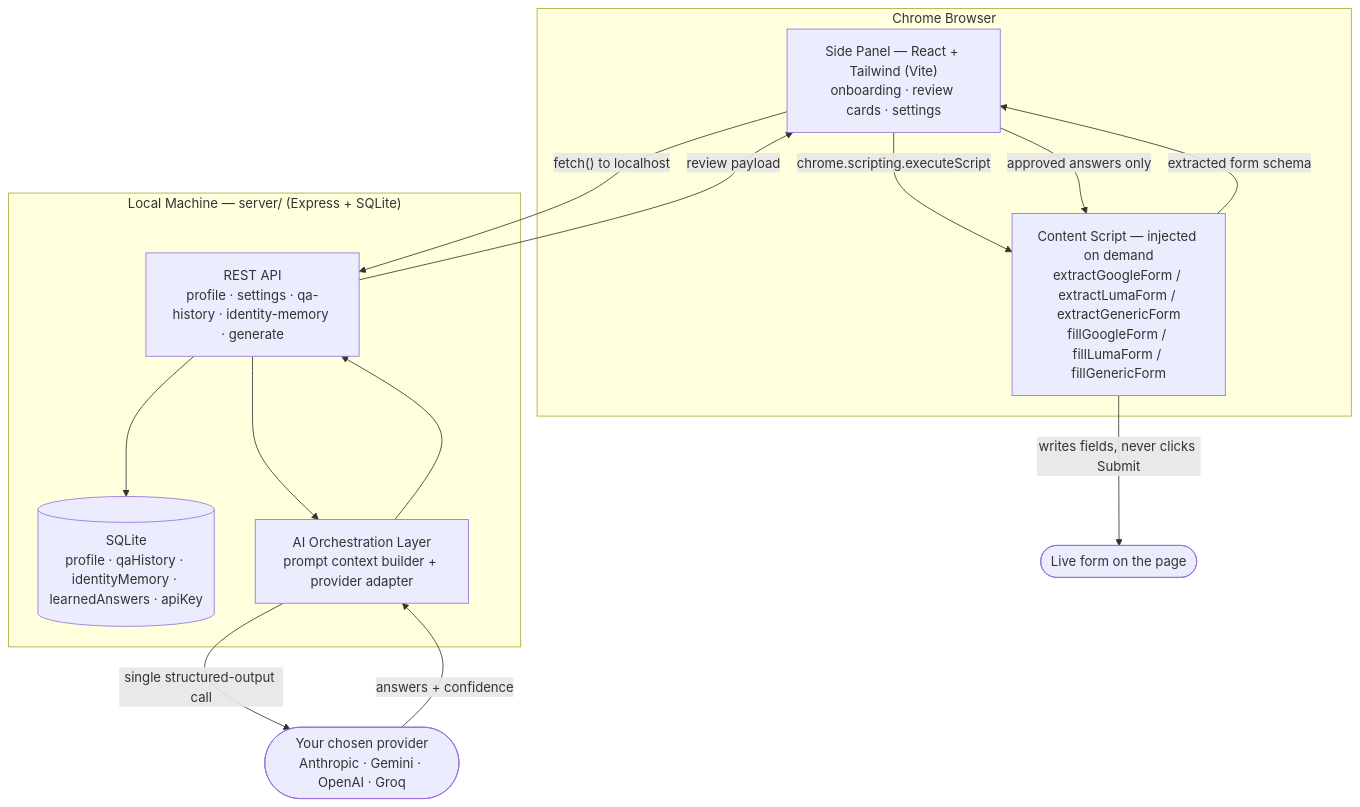
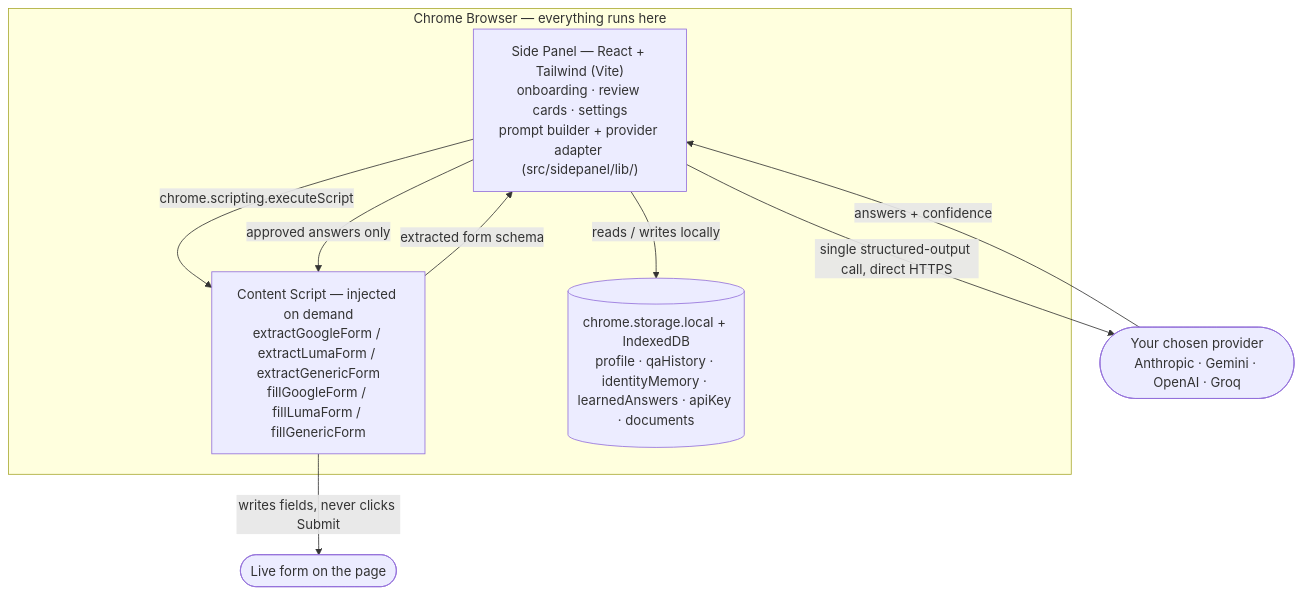
One commit to Agnik47/Impleo changed the first of 2 diagrams in README.md. Above: the diagram before and after it, drawn with Mermaid. The commit also changed other lines of this file and 24 other files, not shown here.

````diff
--- a/README.md
+++ b/README.md
@@ -192,27 +192,18 @@
 ```mermaid
 flowchart TB
-    subgraph Browser["Chrome Browser"]
-        SP["Side Panel — React + Tailwind (Vite)<br/>onboarding · review cards · settings"]
+    subgraph Browser["Chrome Browser — everything runs here"]
+        SP["Side Panel — React + Tailwind (Vite)<br/>onboarding · review cards · settings<br/>prompt builder + provider adapter (src/sidepanel/lib/)"]
         CS["Content Script — injected on demand<br/>extractGoogleForm / extractLumaForm / extractGenericForm<br/>fillGoogleForm / fillLumaForm / fillGenericForm"]
-    end
-
-    subgraph Local["Local Machine — server/ (Express + SQLite)"]
-        API["REST API<br/>profile · settings · qa-history · identity-memory · generate"]
-        DB[("SQLite<br/>profile · qaHistory · identityMemory · learnedAnswers · apiKey")]
-        ORCH["AI Orchestration Layer<br/>prompt context builder + provider adapter"]
+        ST[("chrome.storage.local + IndexedDB<br/>profile · qaHistory · identityMemory · learnedAnswers · apiKey · documents")]
     end
 
     PROV(["Your chosen provider<br/>Anthropic · Gemini · OpenAI · Groq"])
 
     SP -- "chrome.scripting.executeScript" --> CS
     CS -- "extracted form schema" --> SP
-    SP -- "fetch() to localhost" --> API
-    API --> DB
-    API --> ORCH
-    ORCH -- "single structured-output call" --> PROV
-    PROV -- "answers + confidence" --> ORCH
-    ORCH --> API
-    API -- "review payload" --> SP
+    SP -- "reads / writes locally" --> ST
+    SP -- "single structured-output call, direct HTTPS" --> PROV
+    PROV -- "answers + confidence" --> SP
     SP -- "approved answers only" --> CS
     CS -- "writes fields, never clicks Submit" --> Page(["Live form on the page"])
 ```
````
